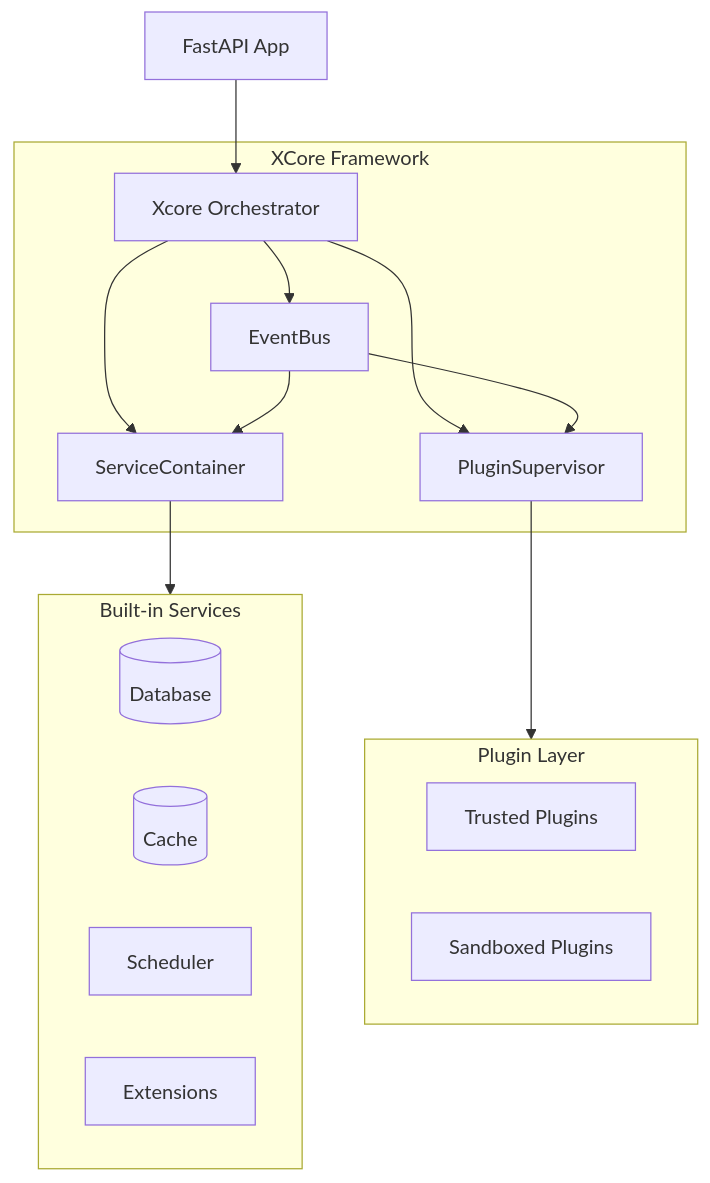
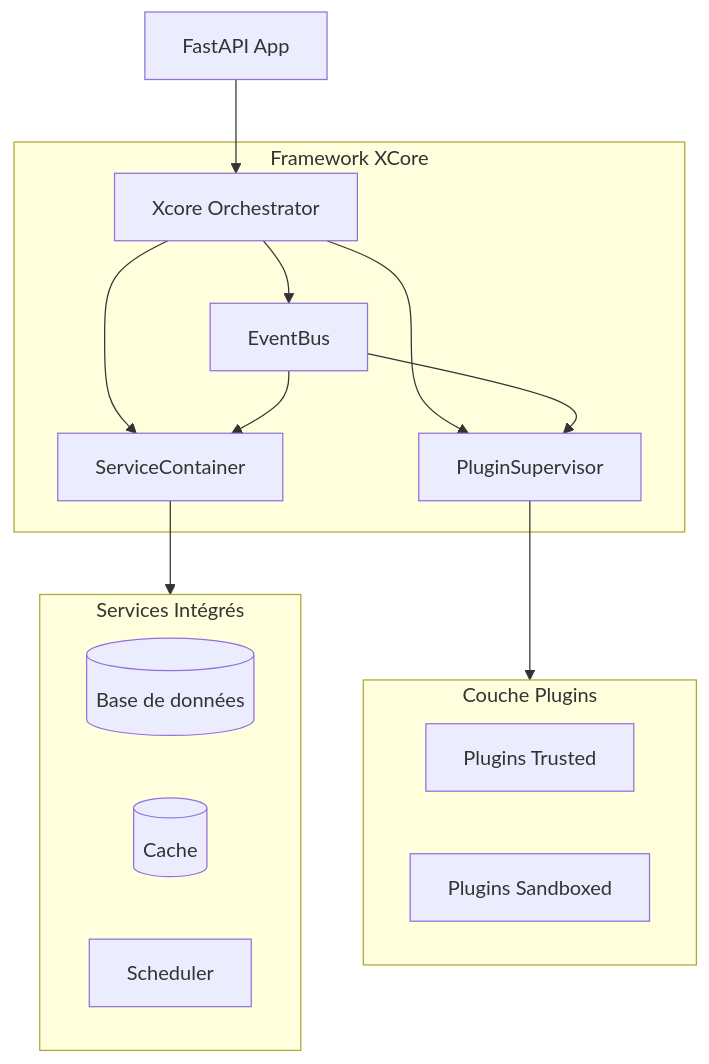
Before and after one commit to traoreera/xcore: the diagram in doc/index.md, drawn with Mermaid. The commit also changed other lines of this file and 15 other files, not shown here.

````diff
--- a/doc/index.md
+++ b/doc/index.md
@@ -48,31 +41,30 @@
 ```mermaid
 graph TB
-    subgraph XCore["XCore Framework"]
+    subgraph XCore["Framework XCore"]
         X[Xcore Orchestrator]
         SC[ServiceContainer]
         PS[PluginSupervisor]
         EB[EventBus]
     end
 
-    subgraph Services["Built-in Services"]
-        DB[(Database)]
+    subgraph Services["Services Intégrés"]
+        DB[(Base de données)]
         CACHE[(Cache)]
         SCHED[Scheduler]
-        EXT[Extensions]
     end
 
-    subgraph Plugins["Plugin Layer"]
-        T[Trusted Plugins]
-        S[Sandboxed Plugins]
+    subgraph Plugins["Couche Plugins"]
+        T[Plugins Trusted]
+        S[Plugins Sandboxed]
     end
 
     X --> SC
     X --> PS
     X --> EB
     SC --> Services
     PS --> Plugins
     EB --> PS
     EB --> SC
 
     FA[FastAPI App] --> X
 ```
````
